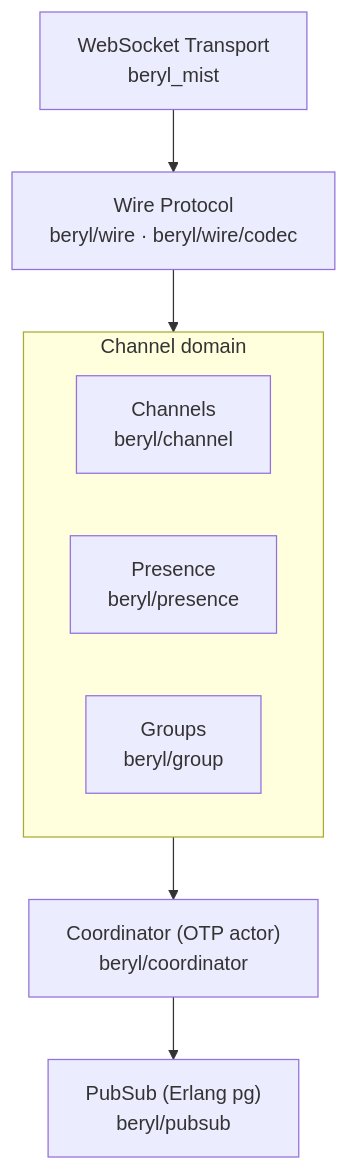
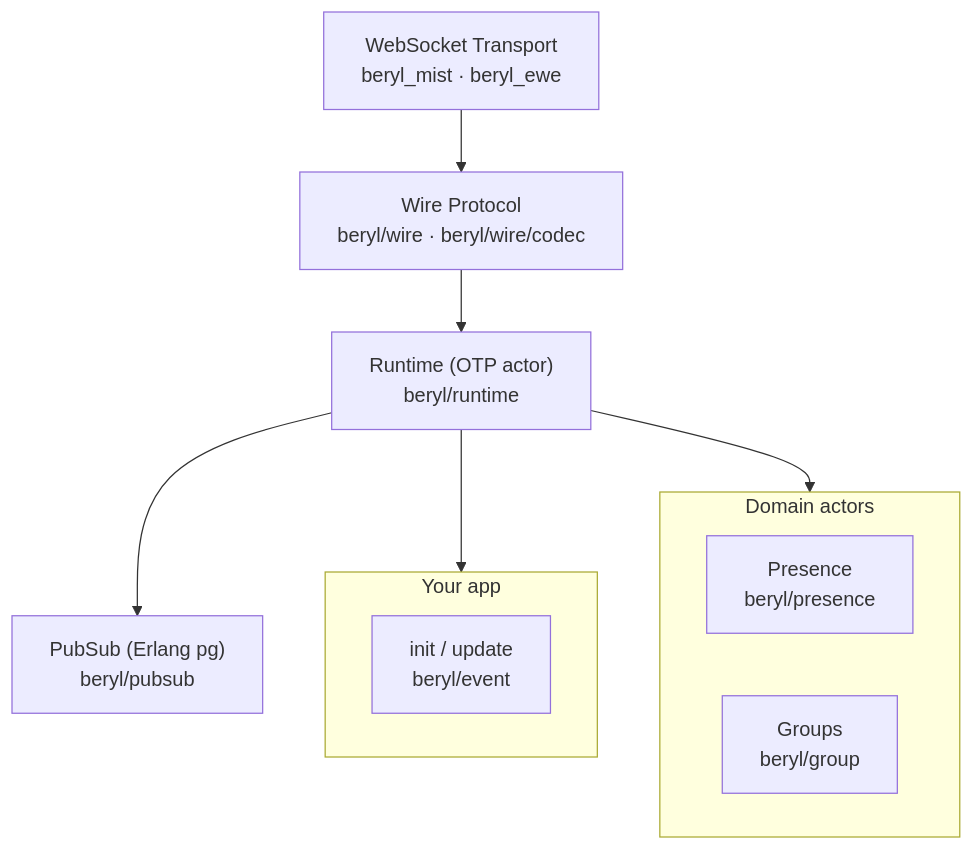
One commit to tylerbutler/beryl changed the first of 2 diagrams in website/src/content/docs/architecture/overview.md. Above: the diagram before and after it, drawn with Mermaid. The commit also changed other lines of this file and 21 other files, not shown here.

````diff
--- a/website/src/content/docs/architecture/overview.md
+++ b/website/src/content/docs/architecture/overview.md
@@ -22,13 +22,17 @@
 ```mermaid
 flowchart TB
-  T["WebSocket Transport<br/>beryl_mist"]
+  T["WebSocket Transport<br/>beryl_mist · beryl_ewe"]
   W["Wire Protocol<br/>beryl/wire · beryl/wire/codec"]
-  subgraph Domain["Channel domain"]
-    C["Channels<br/>beryl/channel"]
+  RT["Runtime (OTP actor)<br/>beryl/runtime"]
+  subgraph App["Your app"]
+    U["init / update<br/>beryl/event"]
+  end
+  subgraph Domain["Domain actors"]
     P["Presence<br/>beryl/presence"]
     G["Groups<br/>beryl/group"]
   end
-  CO["Coordinator (OTP actor)<br/>beryl/coordinator"]
   PS["PubSub (Erlang pg)<br/>beryl/pubsub"]
-  T --> W --> Domain --> CO --> PS
+  T --> W --> RT --> App
+  RT --> Domain
+  RT --> PS
 ```
````
